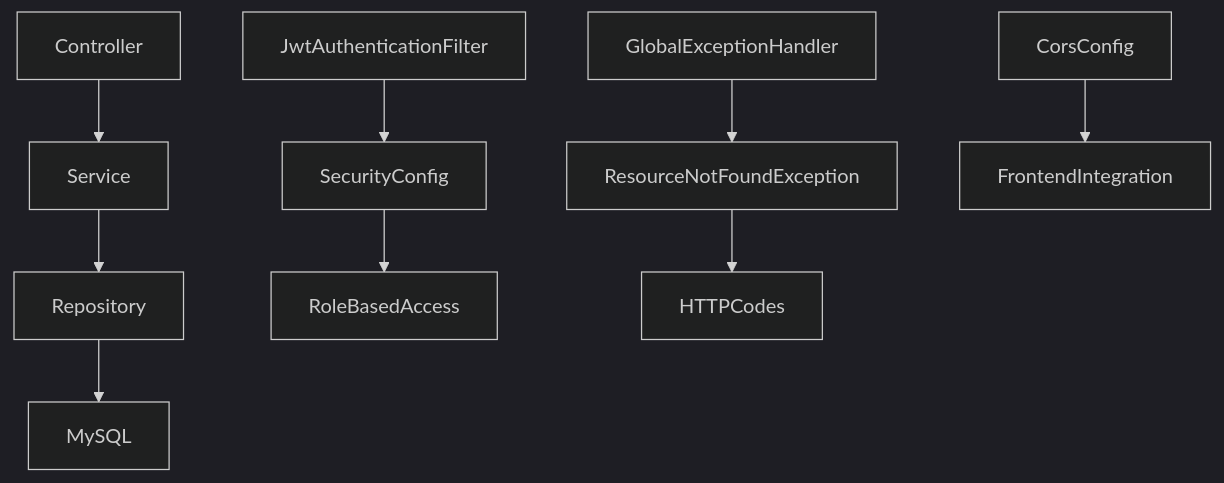
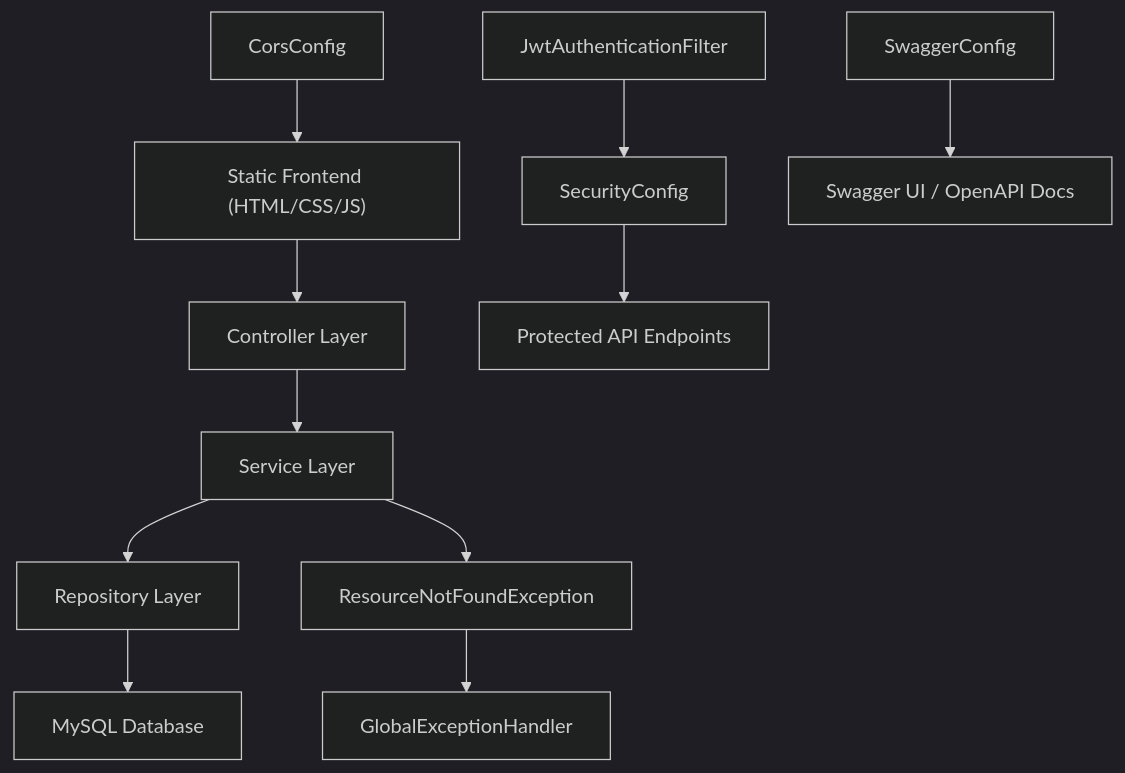
The diagram in README.md (mppurswani/smarttravel), drawn with Mermaid (dark theme) before and after one commit. The commit also changed other lines of this file, not shown here.

````diff
--- a/README.md
+++ b/README.md
@@ -148,7 +147,16 @@
 ```mermaid
 flowchart TD
-    Controller --> Service --> Repository --> MySQL
-    JwtAuthenticationFilter --> SecurityConfig --> RoleBasedAccess
-    GlobalExceptionHandler --> ResourceNotFoundException --> HTTPCodes
-    CorsConfig --> FrontendIntegration
+    Frontend["Static Frontend (HTML/CSS/JS)"] --> Controller["Controller Layer"]
+    Controller --> Service["Service Layer"]
+    Service --> Repository["Repository Layer"]
+    Repository --> MySQL["MySQL Database"]
+
+    JwtFilter["JwtAuthenticationFilter"] --> SecurityConfig["SecurityConfig"]
+    SecurityConfig --> ProtectedEndpoints["Protected API Endpoints"]
+
+    Service --> ResourceNotFound["ResourceNotFoundException"]
+    ResourceNotFound --> GlobalException["GlobalExceptionHandler"]
+
+    Cors["CorsConfig"] --> Frontend
+    Swagger["SwaggerConfig"] --> SwaggerUI["Swagger UI / OpenAPI Docs"]
 ```
````
